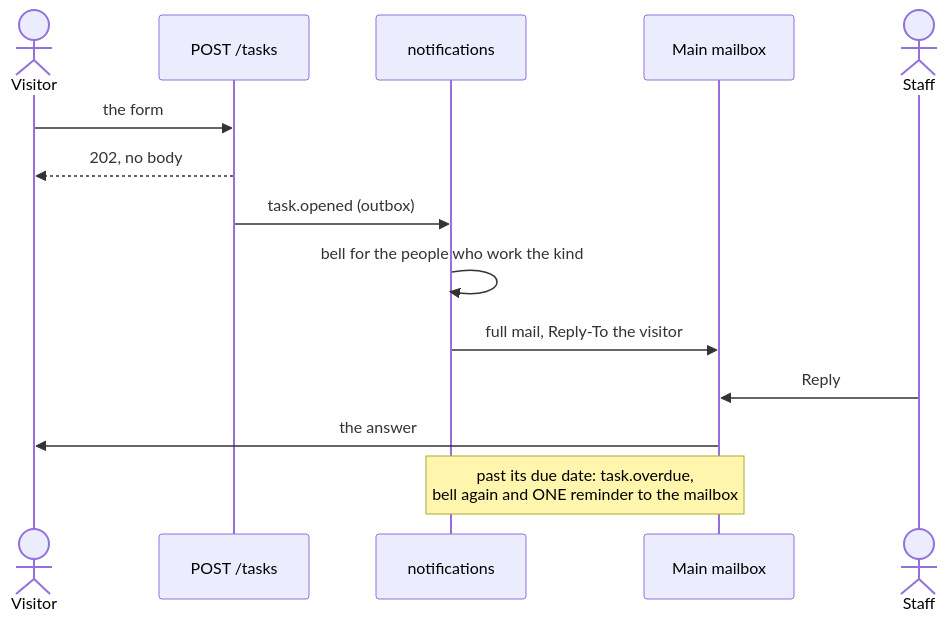
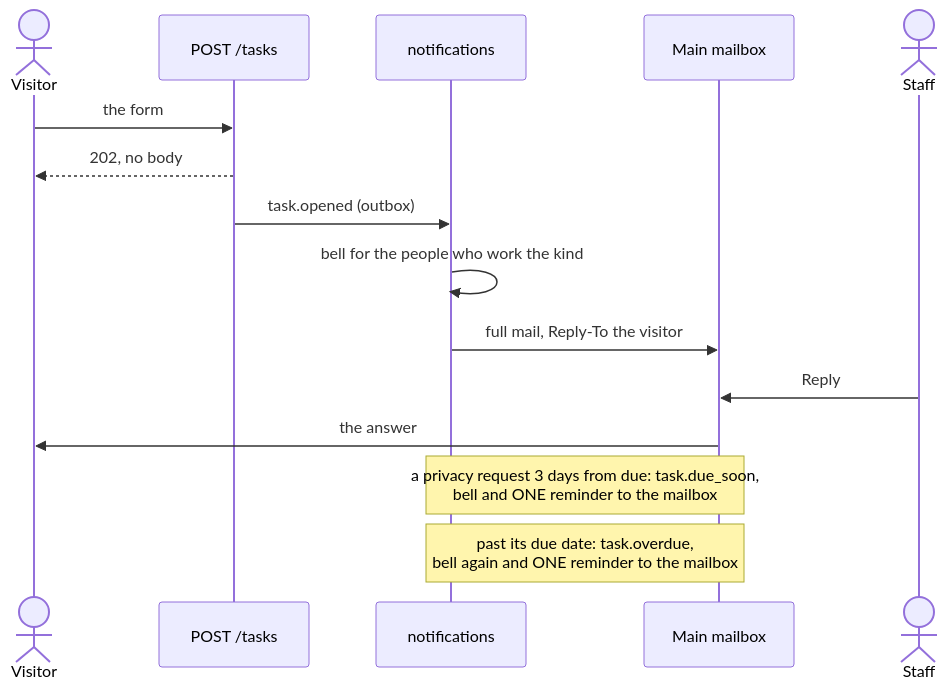
Before and after one commit to Guebbit/boilerplate-node-backend: the third of 5 diagrams in docs/modules/tasks.md, drawn with Mermaid. The commit also changed other lines of this file and 20 other files, not shown here.

````diff
--- a/docs/modules/tasks.md
+++ b/docs/modules/tasks.md
@@ -206,16 +209,17 @@
 ```mermaid
 sequenceDiagram
     actor V as Visitor
     participant A as POST /tasks
     participant N as notifications
     participant B as Main mailbox
     actor S as Staff
     V->>A: the form
     A-->>V: 202, no body
     A->>N: task.opened (outbox)
     N->>N: bell for the people who work the kind
     N->>B: full mail, Reply-To the visitor
     S->>B: Reply
     B->>V: the answer
+    Note over N,B: a privacy request 3 days from due: task.due_soon,<br/>bell and ONE reminder to the mailbox
     Note over N,B: past its due date: task.overdue,<br/>bell again and ONE reminder to the mailbox
 ```
````
